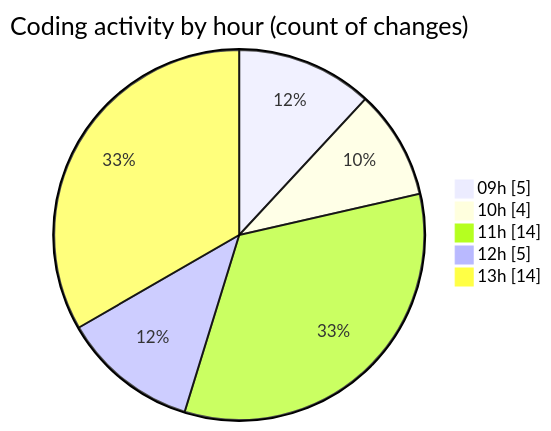
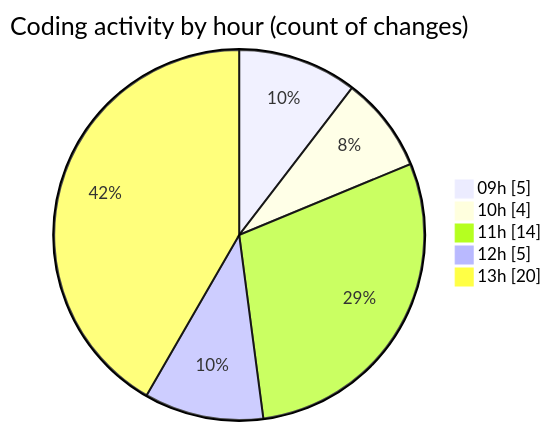
One commit to momahboobian/code-tracking changed the second of 2 diagrams in 2025-09-11/cda/README.md. Above: the diagram before and after it, drawn with Mermaid. The commit also changed other lines of this file and 1 other file, not shown here.

````diff
--- a/2025-09-11/cda/README.md
+++ b/2025-09-11/cda/README.md
@@ -38,9 +38,9 @@
 ```mermaid
 pie showData
 title Coding activity by hour (count of changes)
 "09h" : 5
 "10h" : 4
 "11h" : 14
 "12h" : 5
-"13h" : 14
+"13h" : 20
 ```
````
